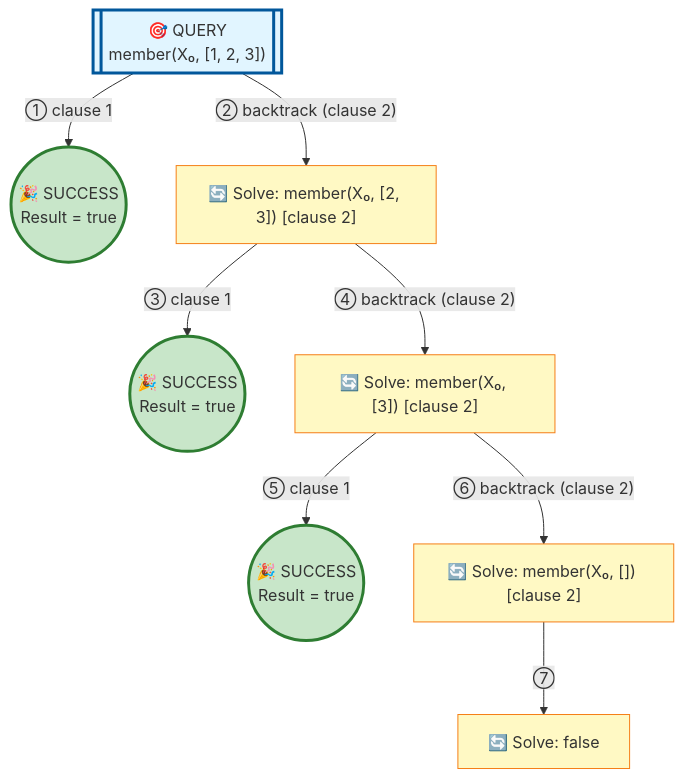
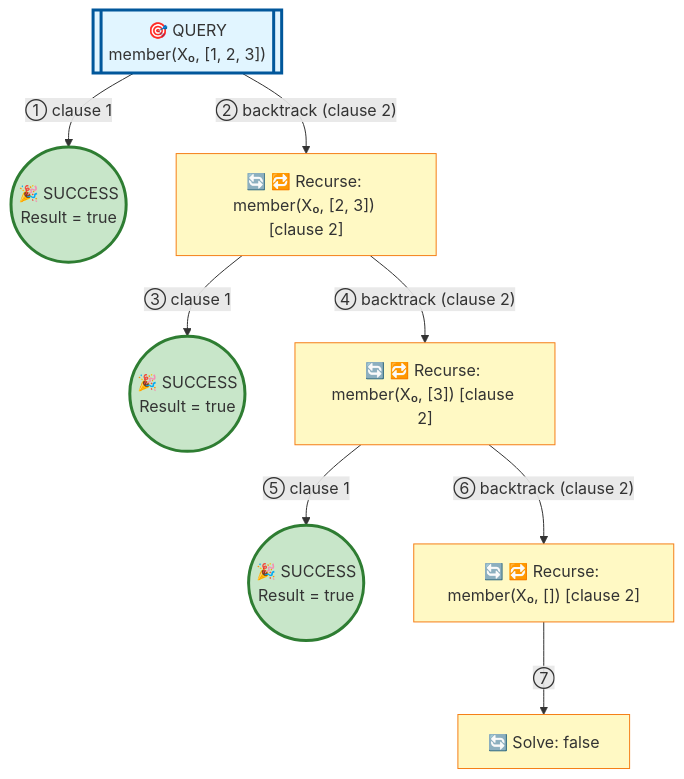
The diagram in examples/member-output.md (jarecsni/prolog-trace-viz), drawn with Mermaid before and after one commit. The commit also changed 9 other files, not shown here.

````diff
--- a/examples/member-output.md
+++ b/examples/member-output.md
@@ -16,32 +16,32 @@
 ```mermaid
 graph TD
 
 %% Nodes
 A[["🎯 QUERY<br/>member(X₀, [1, 2, 3])"]]
 B(("🎉 SUCCESS<br/>Result = true"))
-C["🔄 Solve: member(X₀, [2, 3]) [clause 2]"]
+C["🔄 🔁 Recurse: member(X₀, [2, 3]) [clause 2]"]
 D(("🎉 SUCCESS<br/>Result = true"))
-E["🔄 Solve: member(X₀, [3]) [clause 2]"]
+E["🔄 🔁 Recurse: member(X₀, [3]) [clause 2]"]
 F(("🎉 SUCCESS<br/>Result = true"))
-G["🔄 Solve: member(X₀, []) [clause 2]"]
+G["🔄 🔁 Recurse: member(X₀, []) [clause 2]"]
 H["🔄 Solve: false"]
 
 %% Edges
 A -->|"① clause 1"| B
 A -->|"② backtrack (clause 2)"| C
 C -->|"③ clause 1"| D
 C -->|"④ backtrack (clause 2)"| E
 E -->|"⑤ clause 1"| F
 E -->|"⑥ backtrack (clause 2)"| G
 G -->|"⑦"| H
 
 %% Styles
 style A fill:#e1f5ff,stroke:#01579b,stroke-width:3px
 style B fill:#c8e6c9,stroke:#2e7d32,stroke-width:3px
 style C fill:#fff9c4,stroke:#f57f17
 style D fill:#c8e6c9,stroke:#2e7d32,stroke-width:3px
 style E fill:#fff9c4,stroke:#f57f17
 style F fill:#c8e6c9,stroke:#2e7d32,stroke-width:3px
 style G fill:#fff9c4,stroke:#f57f17
 style H fill:#fff9c4,stroke:#f57f17
 ```
````
